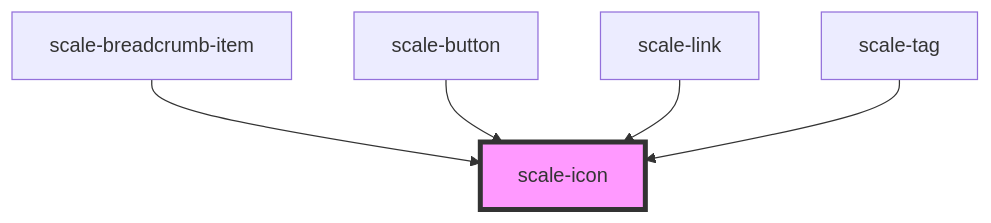
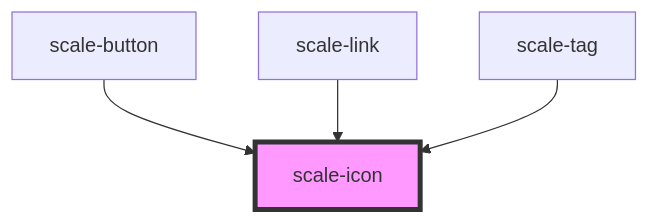
Before and after one commit to telekom/scale: the diagram in packages/components/src/components/icon/readme.md, drawn with Mermaid. The commit also changed other lines of this file and 8 other files, not shown here.

````diff
--- a/packages/components/src/components/icon/readme.md
+++ b/packages/components/src/components/icon/readme.md
@@ -33,8 +32,7 @@
 ```mermaid
 graph TD;
-  scale-breadcrumb-item --> scale-icon
   scale-button --> scale-icon
   scale-link --> scale-icon
   scale-tag --> scale-icon
   style scale-icon fill:#f9f,stroke:#333,stroke-width:4px
 ```
````
